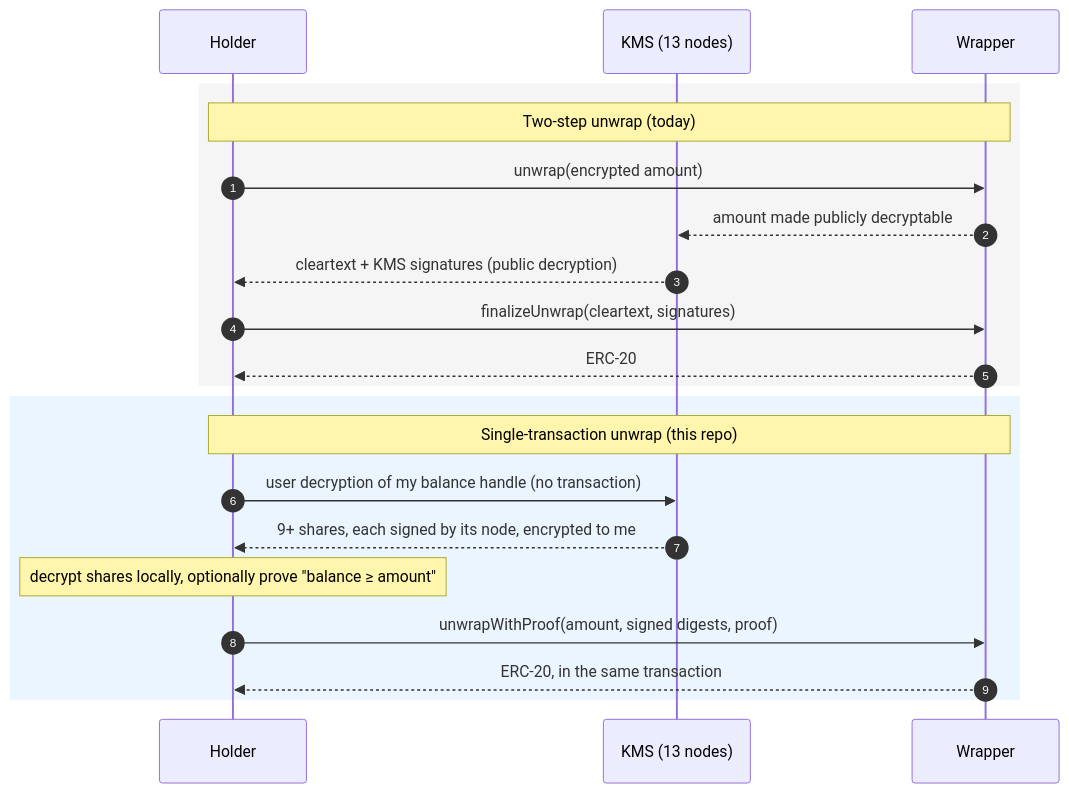
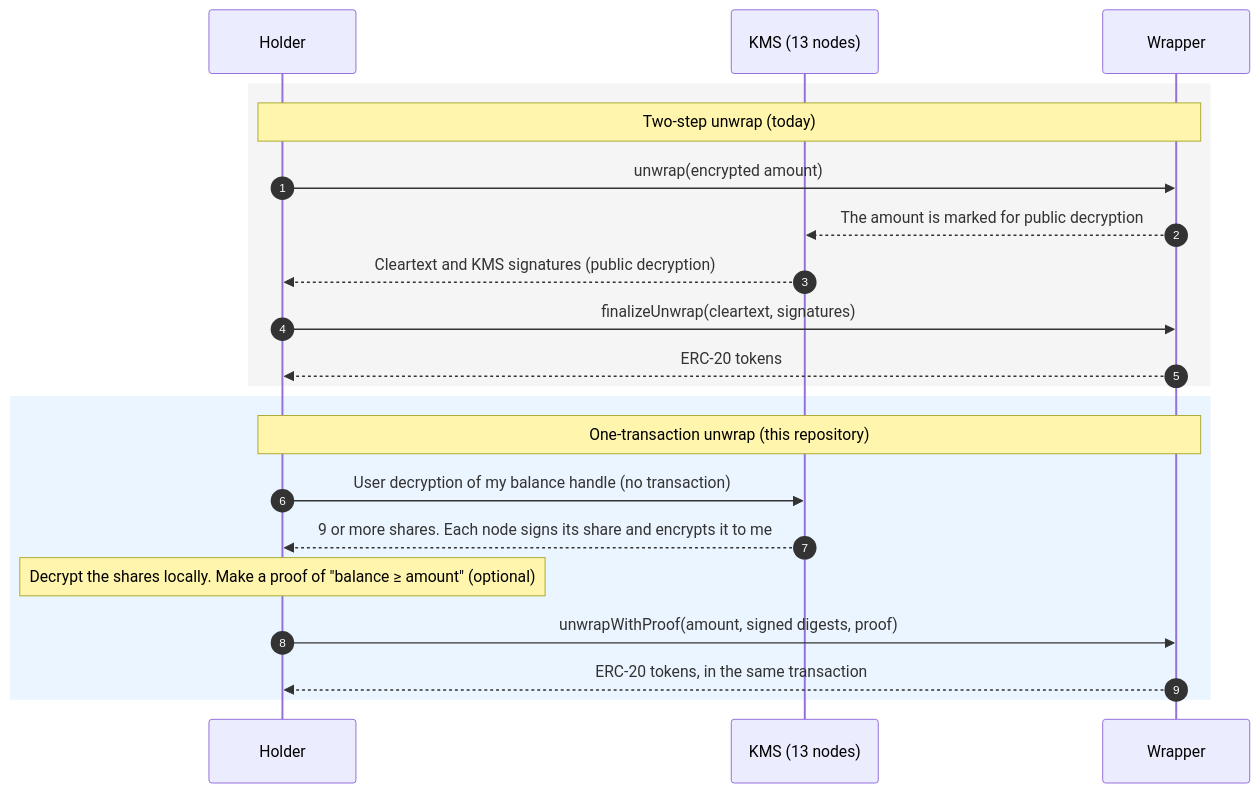
The first of 2 diagrams in README.md (raycashxyz/erc-7984-single-tx-unwrap), drawn with Mermaid before and after one commit. The commit also changed other lines of this file, not shown here.

````diff
--- a/README.md
+++ b/README.md
@@ -53,23 +81,23 @@
 ```mermaid
 sequenceDiagram
     autonumber
     participant H as Holder
     participant K as KMS (13 nodes)
     participant W as Wrapper
     rect rgb(245, 245, 245)
     Note over H,W: Two-step unwrap (today)
     H->>W: unwrap(encrypted amount)
-    W-->>K: amount made publicly decryptable
-    K-->>H: cleartext + KMS signatures (public decryption)
+    W-->>K: The amount is marked for public decryption
+    K-->>H: Cleartext and KMS signatures (public decryption)
     H->>W: finalizeUnwrap(cleartext, signatures)
-    W-->>H: ERC-20
+    W-->>H: ERC-20 tokens
     end
     rect rgb(235, 245, 255)
-    Note over H,W: Single-transaction unwrap (this repo)
-    H->>K: user decryption of my balance handle (no transaction)
-    K-->>H: 9+ shares, each signed by its node, encrypted to me
-    Note over H: decrypt shares locally, optionally prove "balance ≥ amount"
+    Note over H,W: One-transaction unwrap (this repository)
+    H->>K: User decryption of my balance handle (no transaction)
+    K-->>H: 9 or more shares. Each node signs its share and encrypts it to me
+    Note over H: Decrypt the shares locally. Make a proof of "balance ≥ amount" (optional)
     H->>W: unwrapWithProof(amount, signed digests, proof)
-    W-->>H: ERC-20, in the same transaction
+    W-->>H: ERC-20 tokens, in the same transaction
     end
 ```
````
